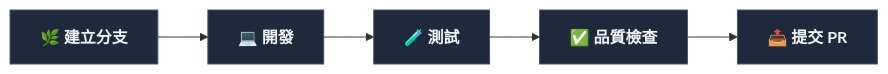
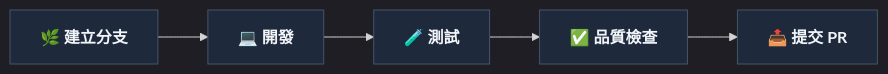
The diagram in CONTRIBUTING.md (Neal75418/StarScope), drawn with Mermaid before and after one commit. The commit also changed 2 other files, not shown here.

Commit message:
docs: sync all project docs with current codebase
README.md:
- Remove deleted "Commit 活動追蹤" from feature mindmap
- Simplify "語言分佈分析" → "語言分佈" (router deleted, widget remains)

CONTRIBUTING.md:
- Add %%{init: {'theme': 'dark'}}%% to Mermaid workflow diagram

CHANGELOG.md:
- Add code style unification entry (7 passes, 101 fixes) to [Unreleased]

````diff
--- a/CONTRIBUTING.md
+++ b/CONTRIBUTING.md
@@ -55,10 +55,11 @@
 ```mermaid
+%%{init: {'theme': 'dark'}}%%
 graph LR
     A["🌿 建立分支"] --> B["💻 開發"]
     B --> C["🧪 測試"]
     C --> D["✅ 品質檢查"]
     D --> E["📤 提交 PR"]
 
     classDef step fill:#1e293b,stroke:#475569,color:#f1f5f9,font-weight:bold
     class A,B,C,D,E step
 ```
````
